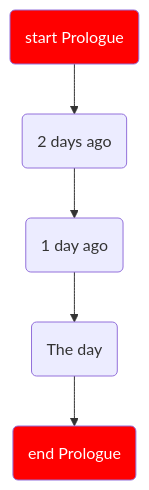
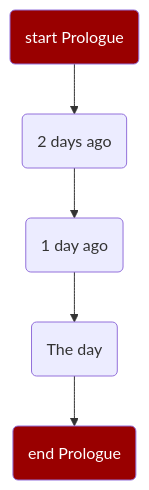
The diagram in other/flowcharts/fsn/0.md (jurgendl/jurgendl.github.io), drawn with Mermaid before and after one commit. The commit also changed 33 other files, not shown here.

````diff
--- a/other/flowcharts/fsn/0.md
+++ b/other/flowcharts/fsn/0.md
@@ -1,10 +1,10 @@
 ```mermaid
 flowchart TD
-classDef red stroke:#f00
-classDef exp color:#fff,fill:#f00
+classDef red stroke:#f00,stroke-width:3
+classDef exp color:#fff,fill:#900
 
 start0(start Prologue):::exp-->n1(2 days ago)
 n1-->n2(1 day ago)
 n2-->n3(The day)
 n3-->end0(end Prologue):::exp
 ```
````
